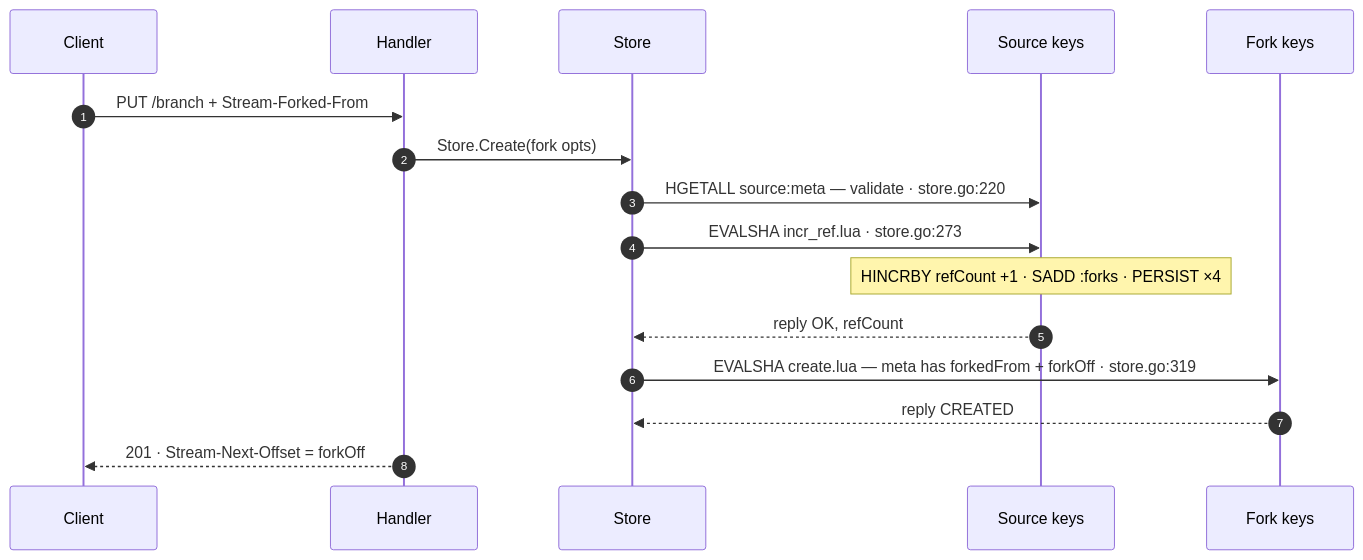
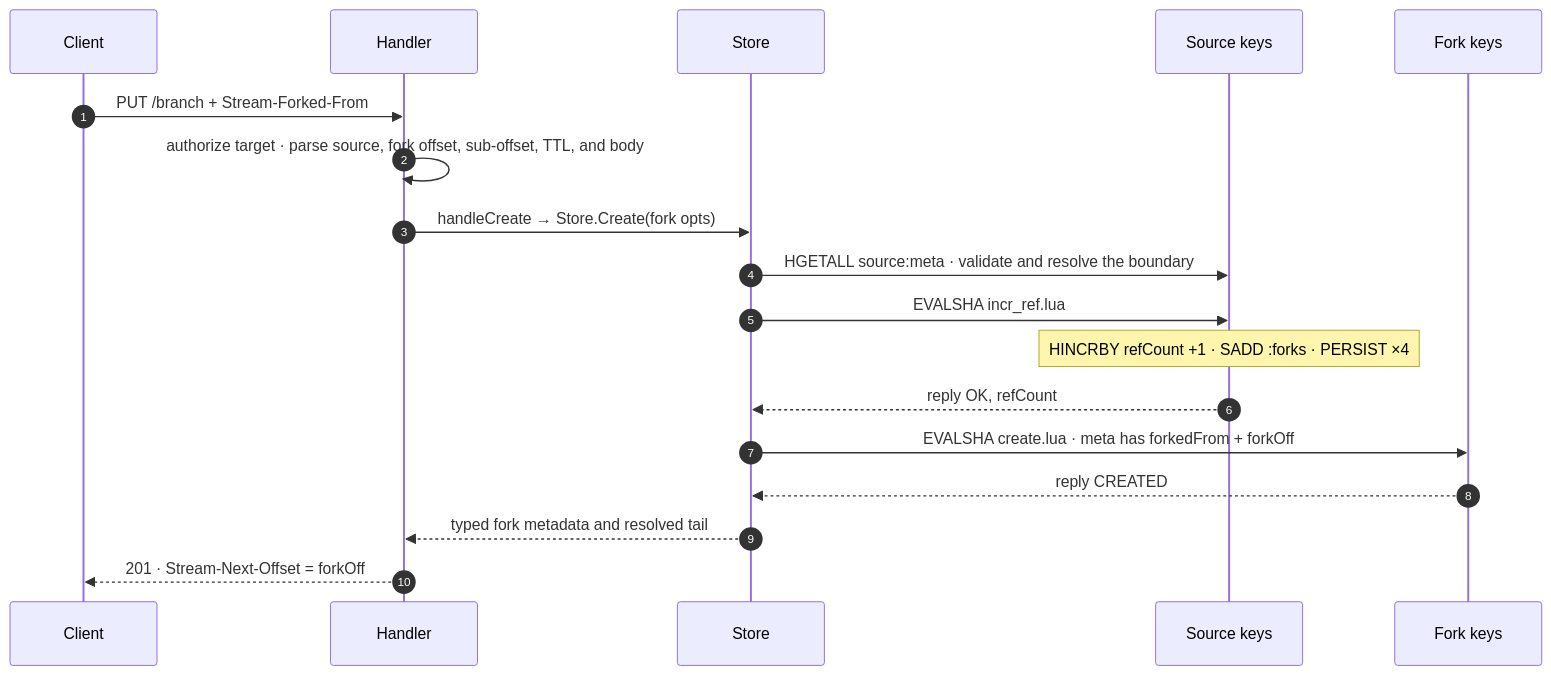
One commit to adityavkk/chronicle changed the diagram in docs-site/diagrams/seq-fork.mmd. Above: the diagram before and after it, drawn with Mermaid. The commit also changed 35 other files, not shown here.

```diff
--- a/docs-site/diagrams/seq-fork.mmd
+++ b/docs-site/diagrams/seq-fork.mmd
@@ -1,16 +1,18 @@
 sequenceDiagram
     autonumber
     participant C as Client
     participant H as Handler
     participant S as Store
     participant Src as Source keys
     participant Fk as Fork keys
     C->>H: PUT /branch + Stream-Forked-From
-    H->>S: Store.Create(fork opts)
-    S->>Src: HGETALL source:meta — validate · store.go:220
-    S->>Src: EVALSHA incr_ref.lua · store.go:273
+    H->>H: authorize target · parse source, fork offset, sub-offset, TTL, and body
+    H->>S: handleCreate → Store.Create(fork opts)
+    S->>Src: HGETALL source:meta · validate and resolve the boundary
+    S->>Src: EVALSHA incr_ref.lua
     Note over Src: HINCRBY refCount +1 · SADD :forks · PERSIST ×4
     Src-->>S: reply OK, refCount
-    S->>Fk: EVALSHA create.lua — meta has forkedFrom + forkOff · store.go:319
+    S->>Fk: EVALSHA create.lua · meta has forkedFrom + forkOff
     Fk-->>S: reply CREATED
+    S-->>H: typed fork metadata and resolved tail
     H-->>C: 201 · Stream-Next-Offset = forkOff
```
